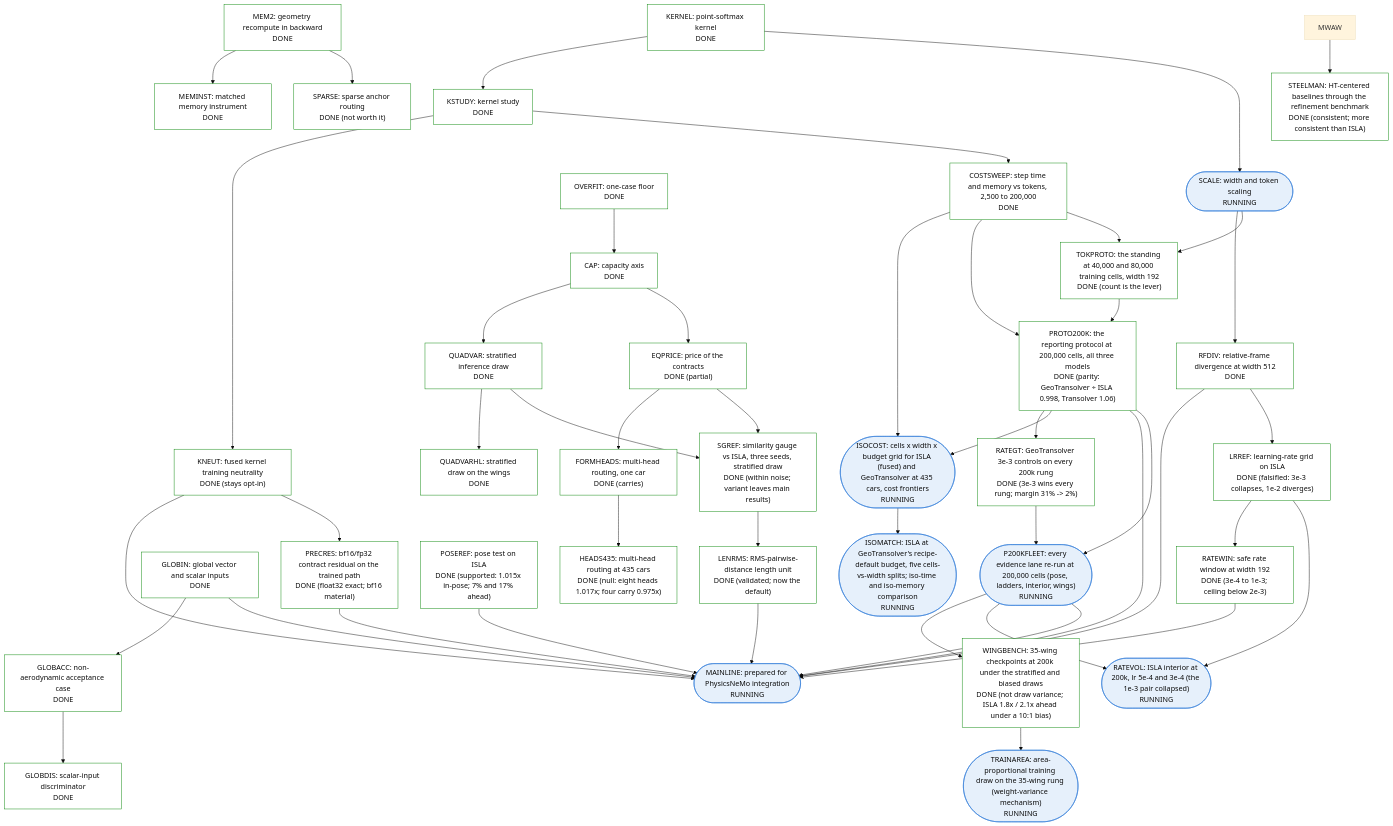
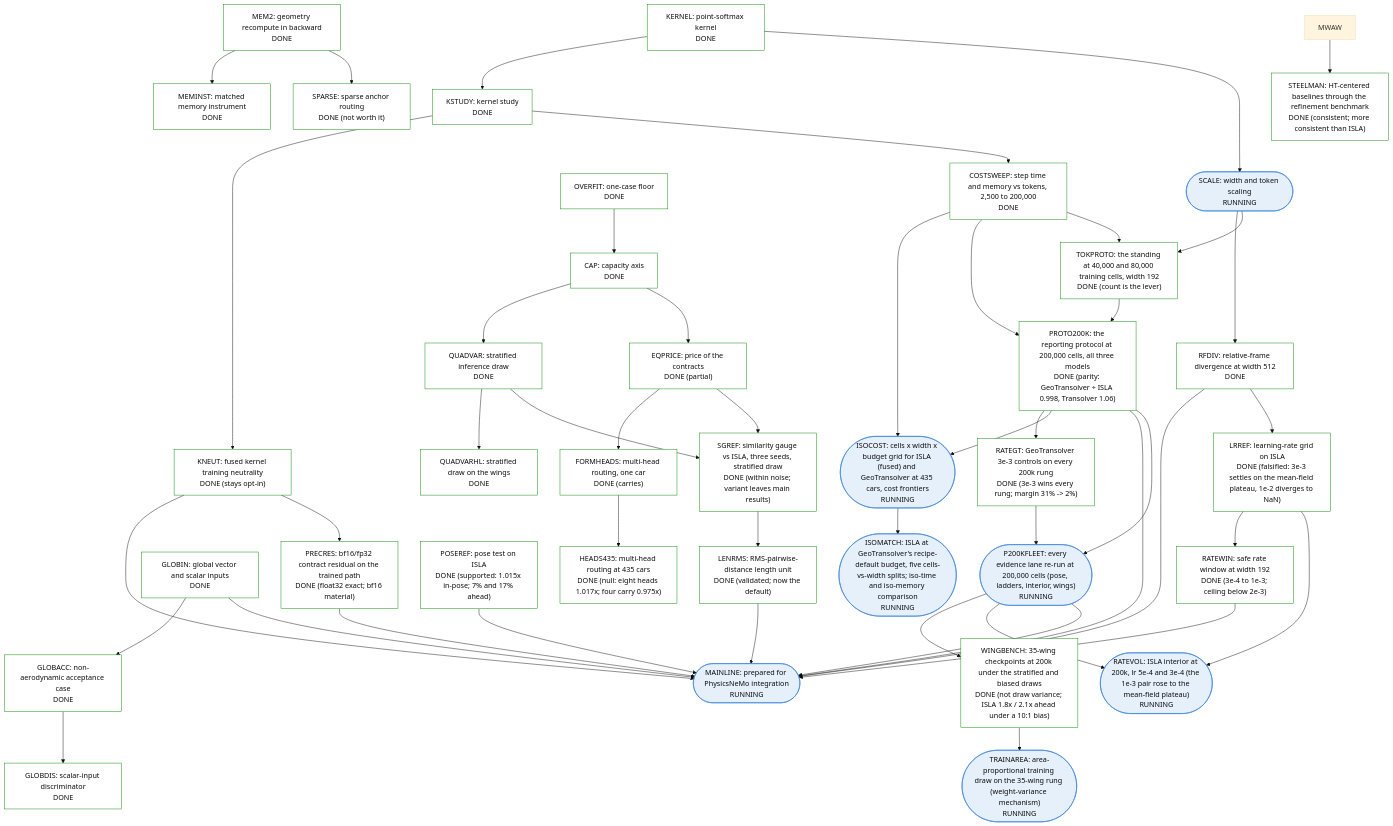
Before and after one commit to peterdsharpe/physicsnemo: the fifth of 5 diagrams in examples/cfd/mesh_transformer/book/13-program-status.qmd, drawn with Mermaid (base theme). The commit also changed other lines of this file and 8 other files, not shown here.

```diff
--- a/examples/cfd/mesh_transformer/book/13-program-status.qmd
+++ b/examples/cfd/mesh_transformer/book/13-program-status.qmd
@@ -310,9 +310,9 @@
     PRECRES["PRECRES: bf16/fp32 contract residual on the trained path<br/>DONE (float32 exact; bf16 material)"]:::done
     SGREF["SGREF: similarity gauge vs ISLA, three seeds, stratified draw<br/>DONE (within noise; variant leaves main results)"]:::done
     POSEREF["POSEREF: pose test on ISLA<br/>DONE (supported: 1.015x in-pose; 7% and 17% ahead)"]:::done
-    LRREF["LRREF: learning-rate grid on ISLA<br/>DONE (falsified: 3e-3 collapses, 1e-2 diverges)"]:::done
+    LRREF["LRREF: learning-rate grid on ISLA<br/>DONE (falsified: 3e-3 settles on the mean-field plateau, 1e-2 diverges to NaN)"]:::done
     RATEWIN["RATEWIN: safe rate window at width 192<br/>DONE (3e-4 to 1e-3; ceiling below 2e-3)"]:::done
-    RATEVOL(["RATEVOL: ISLA interior at 200k, lr 5e-4 and 3e-4 (the 1e-3 pair collapsed)<br/>RUNNING"]):::running
+    RATEVOL(["RATEVOL: ISLA interior at 200k, lr 5e-4 and 3e-4 (the 1e-3 pair rose to the mean-field plateau)<br/>RUNNING"]):::running
     TRAINAREA(["TRAINAREA: area-proportional training draw on the 35-wing rung (weight-variance mechanism)<br/>RUNNING"]):::running
     ISOMATCH(["ISOMATCH: ISLA at GeoTransolver's recipe-default budget, five cells-vs-width splits; iso-time and iso-memory comparison<br/>RUNNING"]):::running
     ISOCOST(["ISOCOST: cells x width x budget grid for ISLA (fused) and GeoTransolver at 435 cars, cost frontiers<br/>RUNNING"]):::running
```
